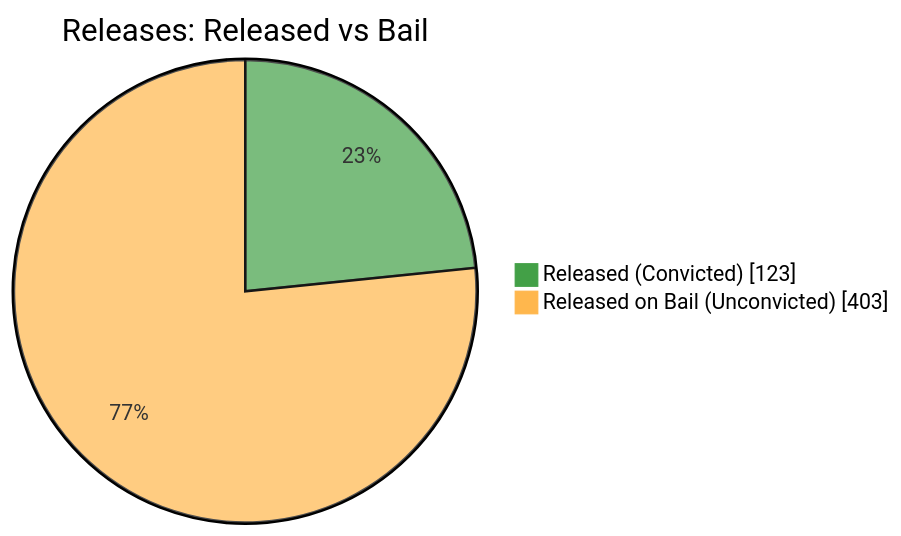
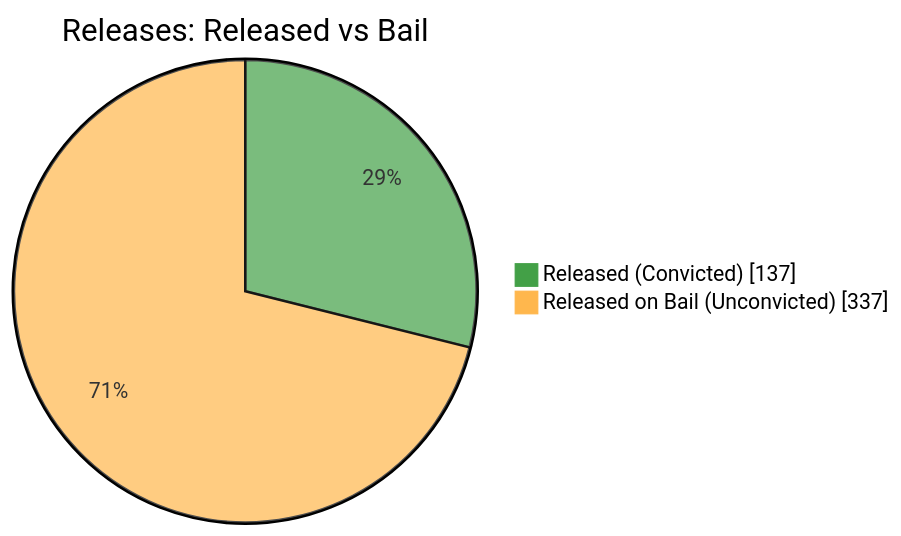
The fifth of 7 diagrams in README.md (nuuuwan/lk_prisons), drawn with Mermaid before and after one commit. The commit also changed other lines of this file and 1 other file, not shown here.

````diff
--- a/README.md
+++ b/README.md
@@ -87,6 +87,6 @@
 ```mermaid
 %%{init: {'themeVariables': {'pie1': '#43A047', 'pie2': '#FFB74D'}}}%%
 pie showData title Releases: Released vs Bail
-    "Released (Convicted)" : 123
-    "Released on Bail (Unconvicted)" : 403
+    "Released (Convicted)" : 137
+    "Released on Bail (Unconvicted)" : 337
 ```
````
